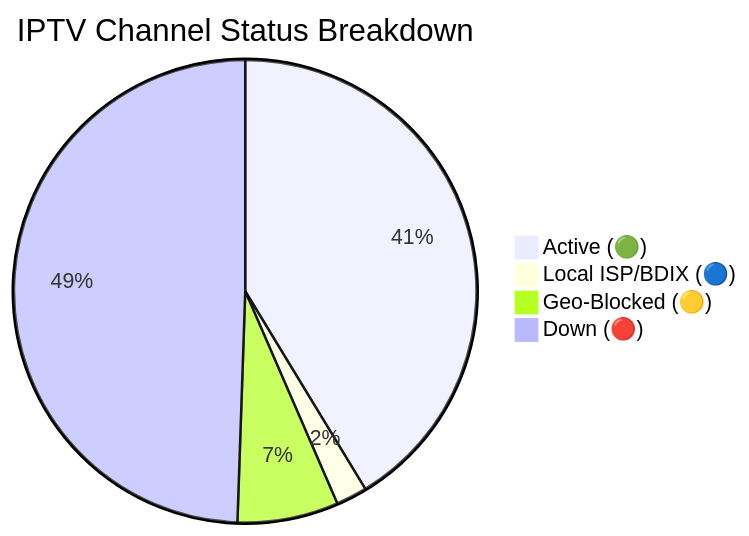
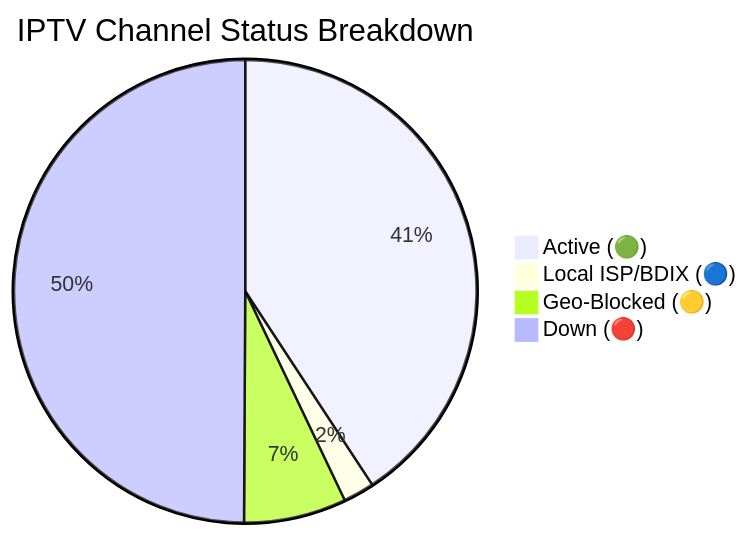
Before and after one commit to andreataylord/Ip-tv-Collection: the diagram in README.md, drawn with Mermaid. The commit also changed other lines of this file and 1 other file, not shown here.

Commit message:
docs(readme): auto-update daily channel status chart

````diff
--- a/README.md
+++ b/README.md
@@ -59,7 +59,7 @@
 ```mermaid
 pie title IPTV Channel Status Breakdown
-    "Active (🟢)" : 2986
+    "Active (🟢)" : 2946
     "Local ISP/BDIX (🔵)" : 157
-    "Geo-Blocked (🟡)" : 510
-    "Down (🔴)" : 3575
+    "Geo-Blocked (🟡)" : 517
+    "Down (🔴)" : 3608
 ```
````
